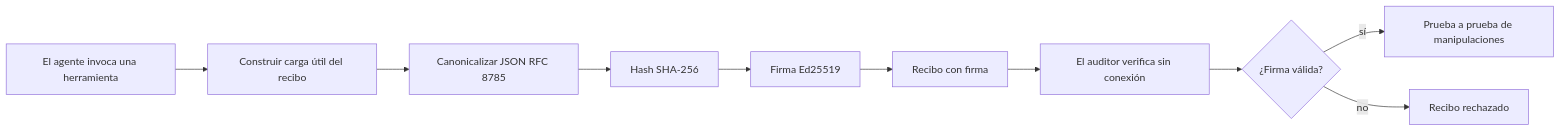
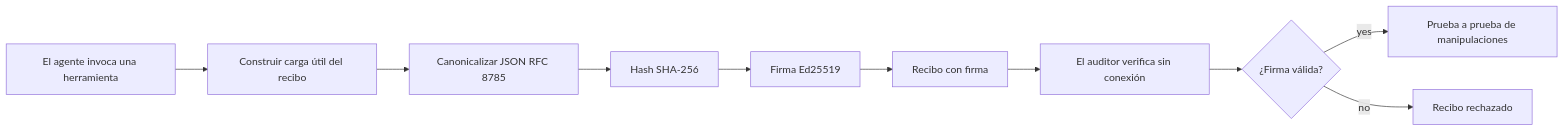
Before and after one commit to microsoft/ai-agents-for-beginners: the first of 2 diagrams in translations/es/18-securing-ai-agents/README.md, drawn with Mermaid. The commit also changed other lines of this file and 92 other files, not shown here.

````diff
--- a/translations/es/18-securing-ai-agents/README.md
+++ b/translations/es/18-securing-ai-agents/README.md
@@ -51,12 +51,12 @@
 ```mermaid
 flowchart LR
     A[El agente invoca una herramienta] --> B[Construir carga útil del recibo]
     B --> C[Canonicalizar JSON RFC 8785]
     C --> D[Hash SHA-256]
     D --> E[Firma Ed25519]
     E --> F[Recibo con firma]
     F --> G[El auditor verifica sin conexión]
     G --> H{¿Firma válida?}
-    H -- sí --> I[Prueba a prueba de manipulaciones]
+    H -- yes --> I[Prueba a prueba de manipulaciones]
     H -- no --> J[Recibo rechazado]
 ```
````
